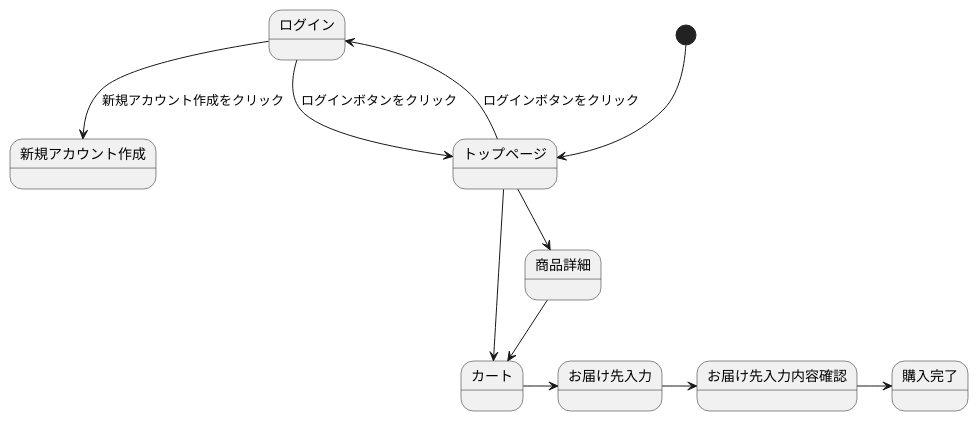
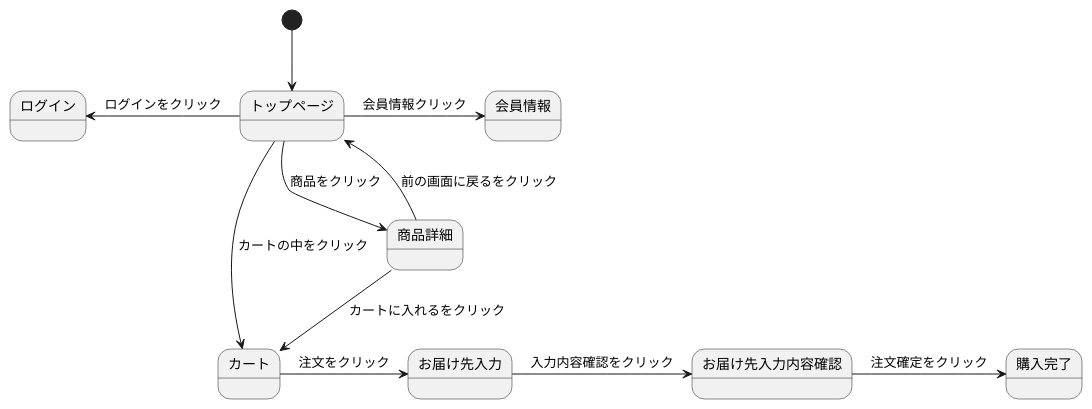
One commit to Aso2001133/2021sys-design changed the diagram in sumple_01.md. Above: the diagram before and after it, drawn with PlantUML.

````diff
--- a/sumple_01.md
+++ b/sumple_01.md
@@ -1,14 +1,23 @@
 ```uml
 @startuml
-[*] --> トップページ
-トップページ -left-> ログイン : ログインボタンをクリック
-トップページ --> カート
-トップページ --> 商品詳細
-ログイン --> トップページ : ログインボタンをクリック
-ログイン --> 新規アカウント作成 :新規アカウント作成をクリック
-商品詳細 --> カート
-カート -> お届け先入力
-お届け先入力 -> お届け先入力内容確認
-お届け先入力内容確認 -> 購入完了
+[*] --> トップページ 
+
+トップページ -> 会員情報 : 会員情報クリック 
+
+トップページ -left-> ログイン : ログインをクリック 
+
+トップページ --> 商品詳細 : 商品をクリック 
+
+トップページ --> カート : カートの中をクリック 
+
+商品詳細 --> カート : カートに入れるをクリック 
+
+商品詳細 --> トップページ : 前の画面に戻るをクリック 
+
+カート -> お届け先入力 : 注文をクリック 
+
+お届け先入力 -> お届け先入力内容確認 : 入力内容確認をクリック 
+
+お届け先入力内容確認 -> 購入完了 : 注文確定をクリック 
 @enduml
 ```
````
